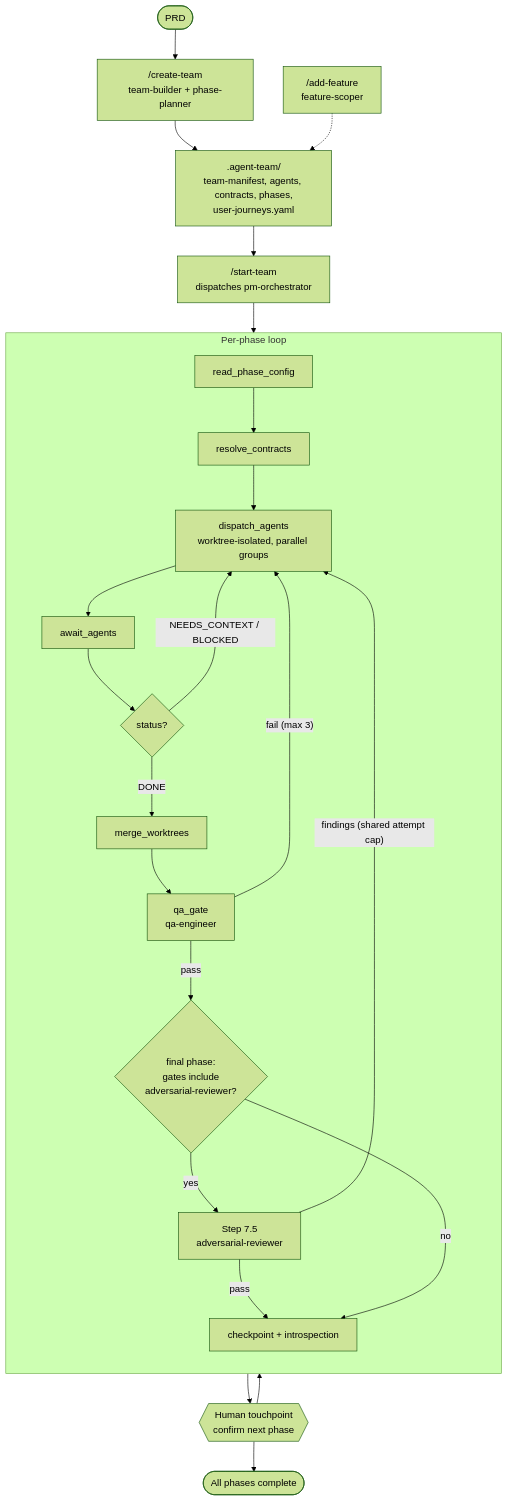
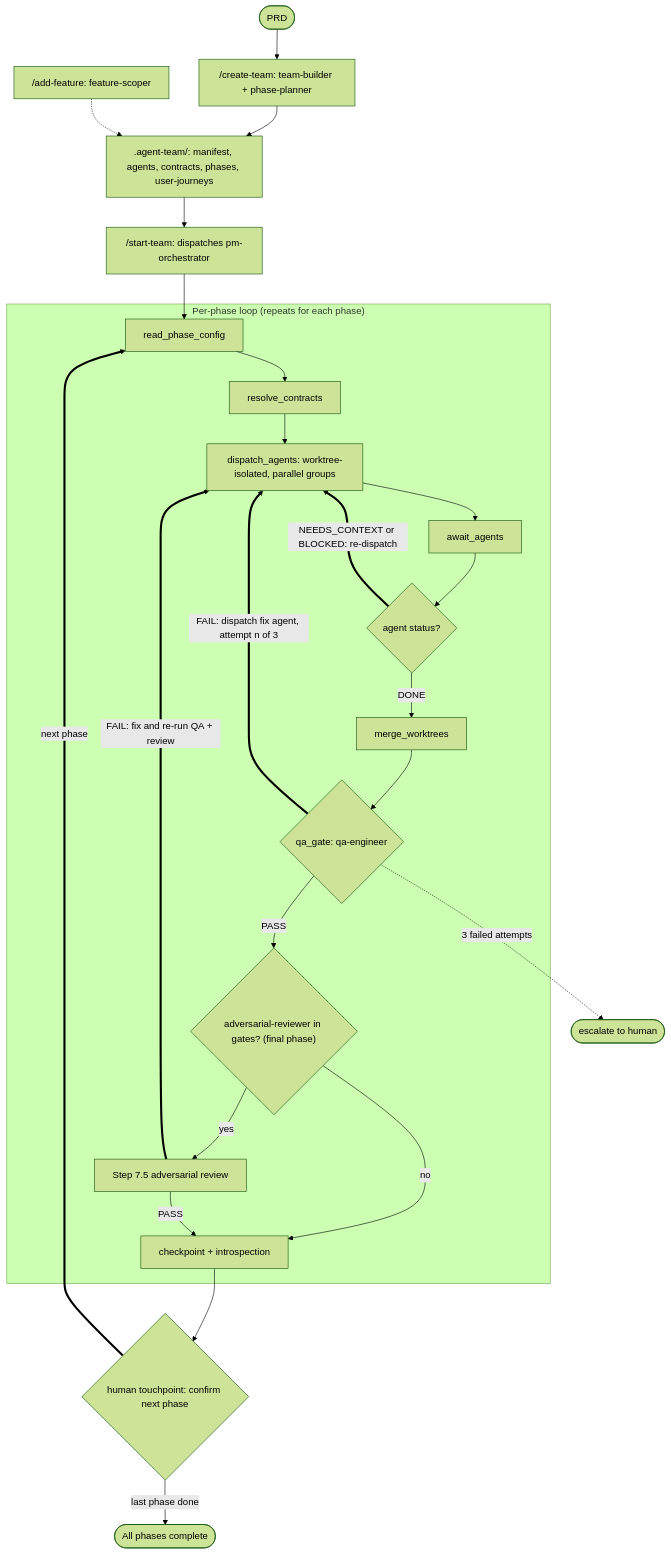
One commit to jesusr-db/agent_team changed the first of 2 diagrams in README.md. Above: the diagram before and after it, drawn with Mermaid (forest theme). The commit also changed other lines of this file, not shown here.

Commit message:
docs: show iteration loops in README diagrams
Quote all labels and mark the QA fix, adversarial, and phase-advance loops
with thick arrows and the 3-attempt cap.

````diff
--- a/README.md
+++ b/README.md
@@ -19,30 +19,29 @@
 ```mermaid
 flowchart TD
-    PRD([PRD]) --> CT["/create-team<br/>team-builder + phase-planner"]
-    CT --> CFG[".agent-team/<br/>team-manifest, agents, contracts, phases,<br/>user-journeys.yaml"]
-    CFG --> ST["/start-team<br/>dispatches pm-orchestrator"]
-    ST --> LOOP
+    PRD(["PRD"]) --> CT["/create-team: team-builder + phase-planner"]
+    CT --> CFG[".agent-team/: manifest, agents, contracts, phases, user-journeys"]
+    CFG --> ST["/start-team: dispatches pm-orchestrator"]
+    ADD["/add-feature: feature-scoper"] -.-> CFG
+    ST --> S1
 
-    subgraph LOOP["Per-phase loop"]
-        direction TB
-        S1[read_phase_config] --> S2[resolve_contracts]
-        S2 --> S3["dispatch_agents<br/>worktree-isolated, parallel groups"]
-        S3 --> S4[await_agents]
-        S4 --> S5{status?}
-        S5 -- "NEEDS_CONTEXT / BLOCKED" --> S3
-        S5 -- "DONE" --> S6[merge_worktrees]
-        S6 --> S7["qa_gate<br/>qa-engineer"]
-        S7 -- "fail (max 3)" --> S3
-        S7 -- pass --> G{"final phase:<br/>gates include<br/>adversarial-reviewer?"}
-        G -- yes --> S75["Step 7.5<br/>adversarial-reviewer"]
-        S75 -- "findings (shared attempt cap)" --> S3
-        S75 -- pass --> CP
-        G -- no --> CP[checkpoint + introspection]
+    subgraph PHASE["Per-phase loop (repeats for each phase)"]
+        S1["read_phase_config"] --> S2["resolve_contracts"]
+        S2 --> S3["dispatch_agents: worktree-isolated, parallel groups"]
+        S3 --> S4["await_agents"]
+        S4 --> S5{"agent status?"}
+        S5 ==>|"NEEDS_CONTEXT or BLOCKED: re-dispatch"| S3
+        S5 -->|"DONE"| S6["merge_worktrees"]
+        S6 --> S7{"qa_gate: qa-engineer"}
+        S7 ==>|"FAIL: dispatch fix agent, attempt n of 3"| S3
+        S7 -->|"PASS"| S75{"adversarial-reviewer in gates? (final phase)"}
+        S75 -->|"yes"| ADV["Step 7.5 adversarial review"]
+        S75 -->|"no"| CP
+        ADV ==>|"FAIL: fix and re-run QA + review"| S3
+        ADV -->|"PASS"| CP["checkpoint + introspection"]
     end
 
-    CP --> HT{{"Human touchpoint<br/>confirm next phase"}}
-    HT --> LOOP
-    HT --> DONE([All phases complete])
-
-    ADD["/add-feature<br/>feature-scoper"] -.-> CFG
+    CP --> HT{"human touchpoint: confirm next phase"}
+    HT ==>|"next phase"| S1
+    HT -->|"last phase done"| DONE(["All phases complete"])
+    S7 -.->|"3 failed attempts"| ESC(["escalate to human"])
 ```
````
